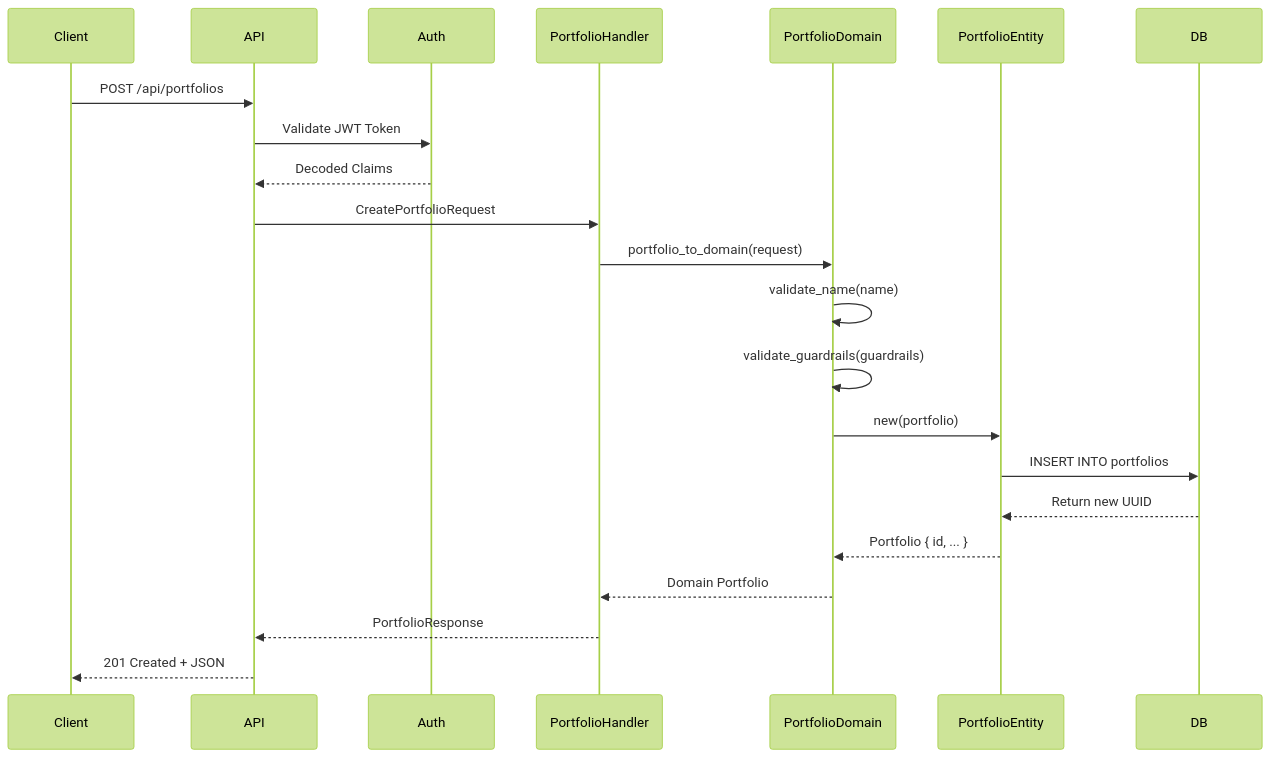
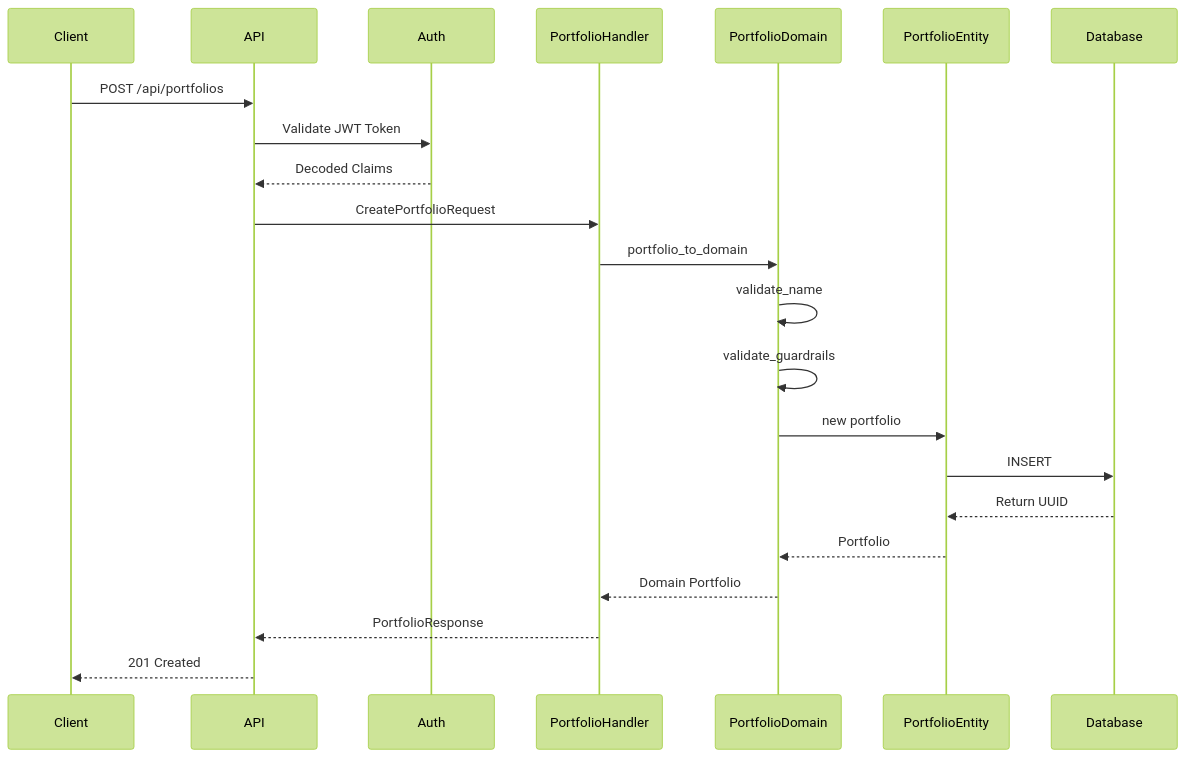
The second of 4 diagrams in docs/architecture/01-architecture-design/02-api-dataflow.md (doitsu2014/crypto-pocket-butler), drawn with Mermaid (forest theme) before and after one commit. The commit also changed other lines of this file and 3 other files, not shown here.

First line of the commit message:
docs: Fix all Mermaid syntax errors for GitHub compatibility

````diff
--- a/docs/architecture/01-architecture-design/02-api-dataflow.md
+++ b/docs/architecture/01-architecture-design/02-api-dataflow.md
@@ -27,17 +32,25 @@
 ```mermaid
 sequenceDiagram
-    Client->>API: POST /api/portfolios
-    API->>Auth: Validate JWT Token
-    Auth-->>API: Decoded Claims
-    API->>PortfolioHandler: CreatePortfolioRequest
-    PortfolioHandler->>PortfolioDomain: portfolio_to_domain(request)
-    PortfolioDomain->>PortfolioDomain: validate_name(name)
-    PortfolioDomain->>PortfolioDomain: validate_guardrails(guardrails)
-    PortfolioDomain->>PortfolioEntity: new(portfolio)
-    PortfolioEntity->>DB: INSERT INTO portfolios
-    DB-->>PortfolioEntity: Return new UUID
-    PortfolioEntity-->>PortfolioDomain: Portfolio { id, ... }
-    PortfolioDomain-->>PortfolioHandler: Domain Portfolio
-    PortfolioHandler-->>API: PortfolioResponse
-    API-->>Client: 201 Created + JSON
+    participant C as Client
+    participant A as API
+    participant AU as Auth
+    participant H as PortfolioHandler
+    participant D as PortfolioDomain
+    participant E as PortfolioEntity
+    participant DB as Database
+
+    C->>A: POST /api/portfolios
+    A->>AU: Validate JWT Token
+    AU-->>A: Decoded Claims
+    A->>H: CreatePortfolioRequest
+    H->>D: portfolio_to_domain
+    D->>D: validate_name
+    D->>D: validate_guardrails
+    D->>E: new portfolio
+    E->>DB: INSERT
+    DB-->>E: Return UUID
+    E-->>D: Portfolio
+    D-->>H: Domain Portfolio
+    H-->>A: PortfolioResponse
+    A-->>C: 201 Created
 ```
````
